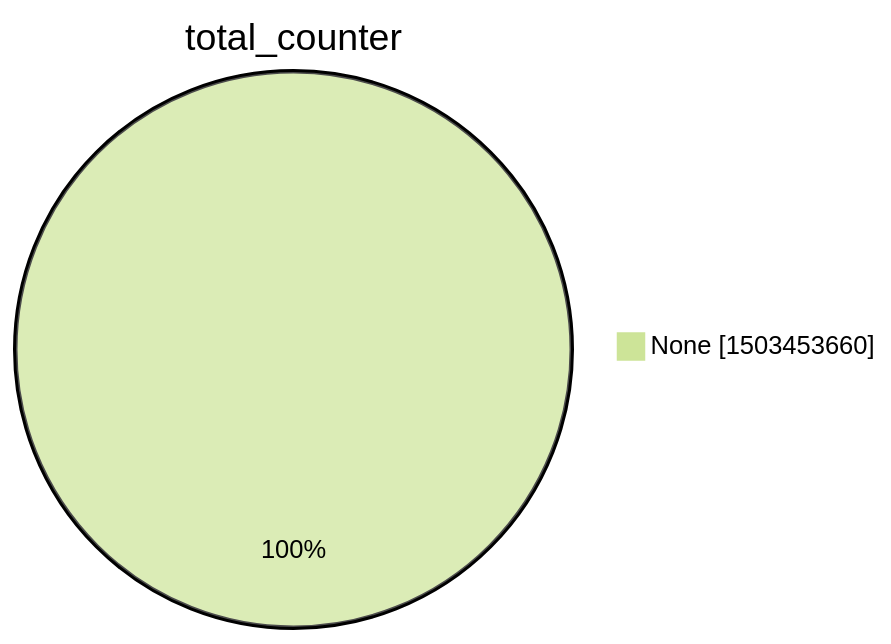
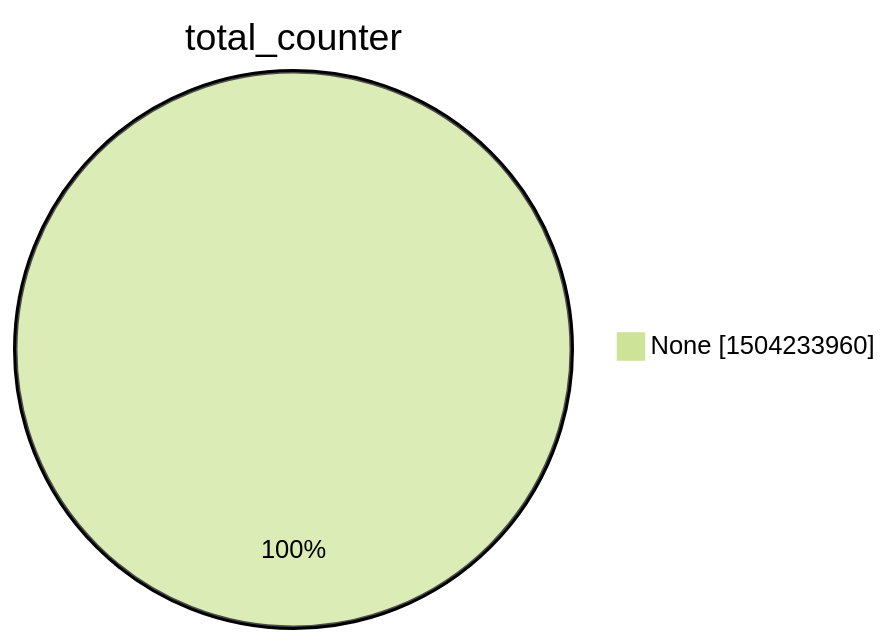
The second of 15 diagrams in xenon2022/README.md (christiankrug/ctmonitor_visualization), drawn with Mermaid (forest theme) before and after one commit. The commit also changed other lines of this file, not shown here.

````diff
--- a/xenon2022/README.md
+++ b/xenon2022/README.md
@@ -9,5 +9,5 @@
 ```mermaid
 pie showData
 title total_counter
-"None" :1503453660
+"None" :1504233960
 ```
````
